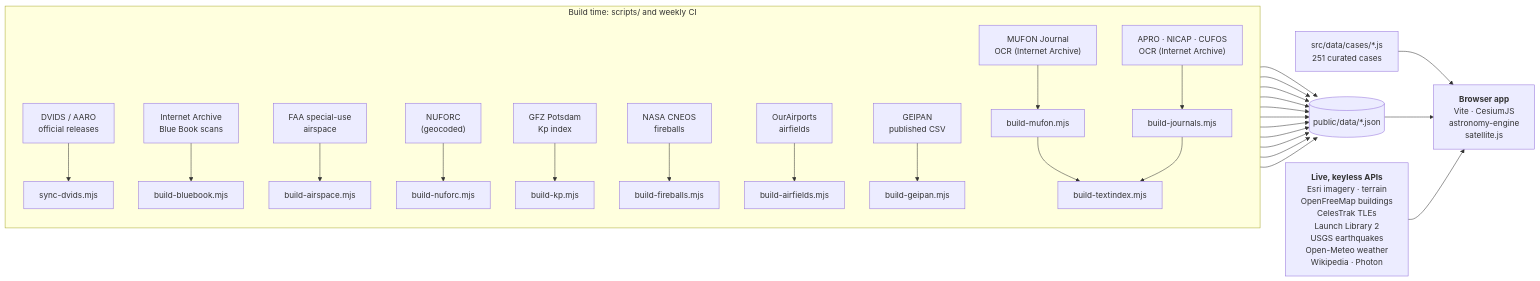
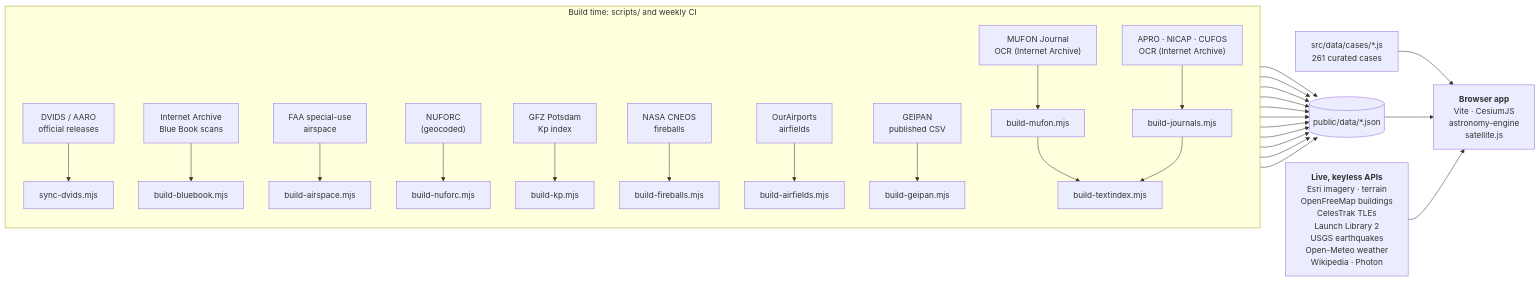
The diagram in README.md (domw99/Gods-Eye-UAPs), drawn with Mermaid before and after one commit. The commit also changed other lines of this file and 24 other files, not shown here.

````diff
--- a/README.md
+++ b/README.md
@@ -391,21 +391,21 @@
 ```mermaid
 flowchart LR
   subgraph build["Build time: scripts/ and weekly CI"]
     direction TB
     DVIDS["DVIDS / AARO<br/>official releases"] --> S1["sync-dvids.mjs"]
     IA["Internet Archive<br/>Blue Book scans"] --> S2["build-bluebook.mjs"]
     FAA["FAA special-use<br/>airspace"] --> S3["build-airspace.mjs"]
     NUF["NUFORC<br/>(geocoded)"] --> S4["build-nuforc.mjs"]
     KP["GFZ Potsdam<br/>Kp index"] --> S8["build-kp.mjs"]
     FB["NASA CNEOS<br/>fireballs"] --> S10["build-fireballs.mjs"]
     OA["OurAirports<br/>airfields"] --> S9["build-airfields.mjs"]
     MUF["MUFON Journal<br/>OCR (Internet Archive)"] --> S5["build-mufon.mjs"]
     GEI["GEIPAN<br/>published CSV"] --> S6["build-geipan.mjs"]
     ARC["APRO · NICAP · CUFOS<br/>OCR (Internet Archive)"] --> S7["build-journals.mjs"]
     S5 & S7 --> S11["build-textindex.mjs"]
   end
   S1 & S2 & S3 & S4 & S5 & S6 & S7 & S8 & S9 & S10 & S11 --> DATA[("public/data/*.json")]
-  CASES["src/data/cases/*.js<br/>251 curated cases"] --> APP
+  CASES["src/data/cases/*.js<br/>261 curated cases"] --> APP
   DATA --> APP["<b>Browser app</b><br/>Vite · CesiumJS<br/>astronomy-engine<br/>satellite.js"]
   LIVE["<b>Live, keyless APIs</b><br/>Esri imagery · terrain<br/>OpenFreeMap buildings<br/>CelesTrak TLEs<br/>Launch Library 2<br/>USGS earthquakes<br/>Open-Meteo weather<br/>Wikipedia · Photon"] --> APP
 ```
````
